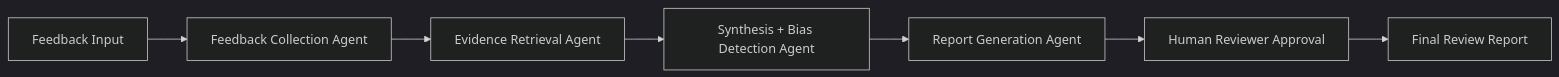
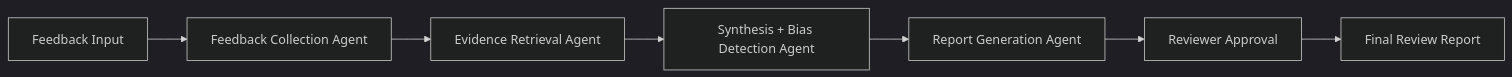
Before and after one commit to veerakumar-a/Bias-Aware-360-Performance-Review: the diagram in README.md, drawn with Mermaid (dark theme). The commit also changed other lines of this file and 3 other files, not shown here.

````diff
--- a/README.md
+++ b/README.md
@@ -29,9 +26,9 @@
 ```mermaid
 flowchart LR
     A[Feedback Input] --> B[Feedback Collection Agent]
     B --> C[Evidence Retrieval Agent]
     C --> D[Synthesis + Bias Detection Agent]
     D --> E[Report Generation Agent]
-    E --> F[Human Reviewer Approval]
+    E --> F[Reviewer Approval]
     F --> G[Final Review Report]
 ```
````
